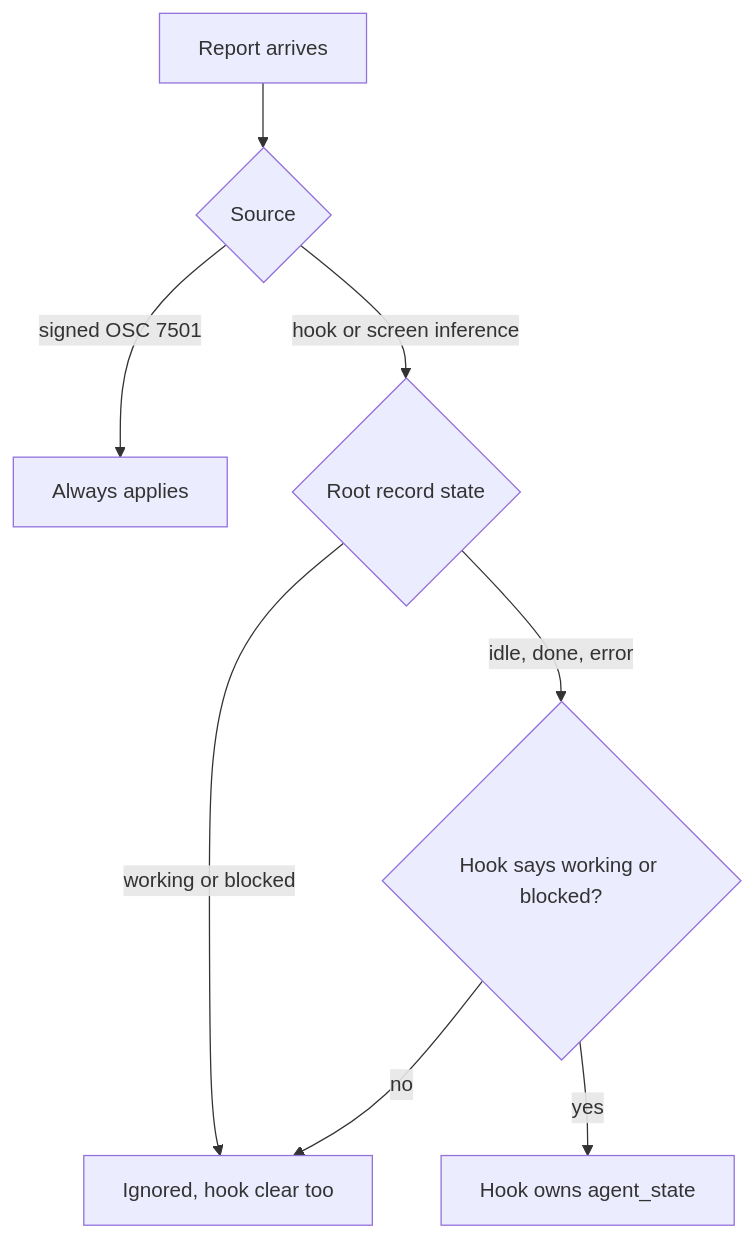
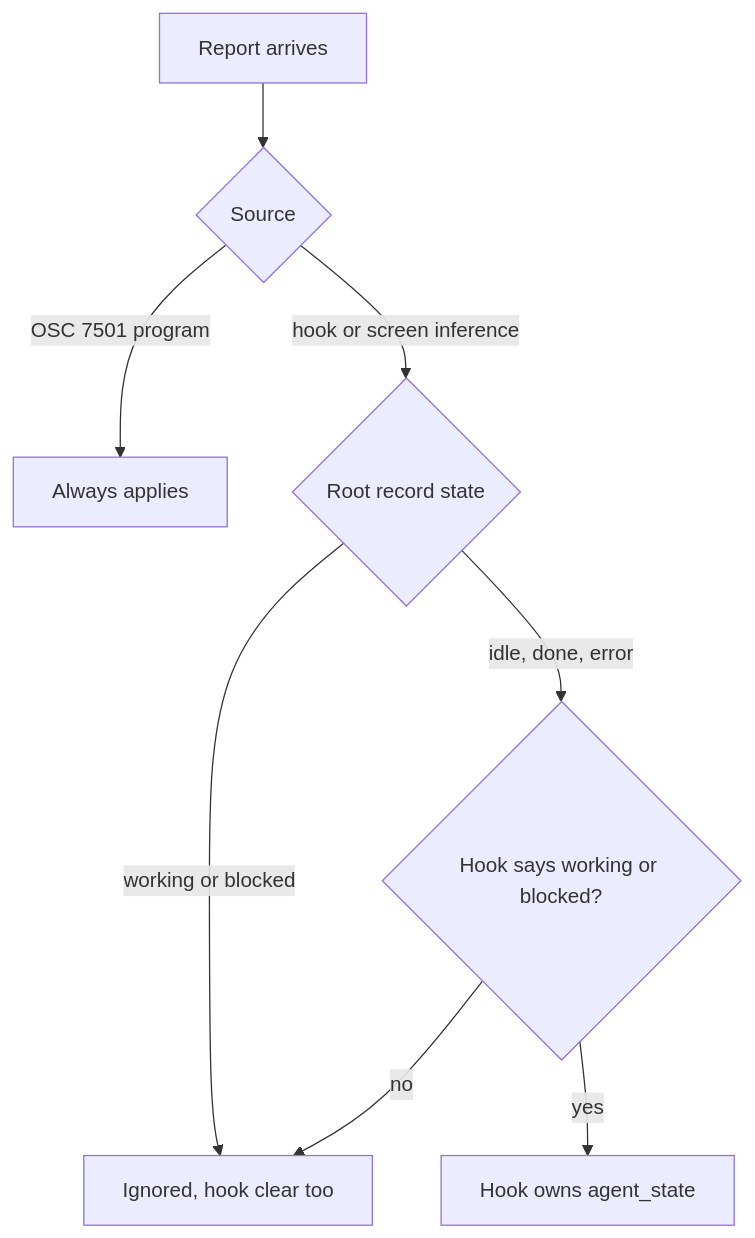
One commit to darkroomengineering/programa changed the diagram in docs/program-status.md. Above: the diagram before and after it, drawn with Mermaid. The commit also changed other lines of this file and 8 other files, not shown here.

````diff
--- a/docs/program-status.md
+++ b/docs/program-status.md
@@ -115,10 +134,10 @@
 ```mermaid
 flowchart TD
   R[Report arrives] --> S{Source}
-  S -->|signed OSC 7501| A[Always applies]
+  S -->|OSC 7501 program| A[Always applies]
   S -->|hook or screen inference| Q{Root record state}
   Q -->|working or blocked| X[Ignored, hook clear too]
   Q -->|idle, done, error| H{Hook says working or blocked?}
   H -->|yes| O[Hook owns agent_state]
   H -->|no| X
 ```
````
